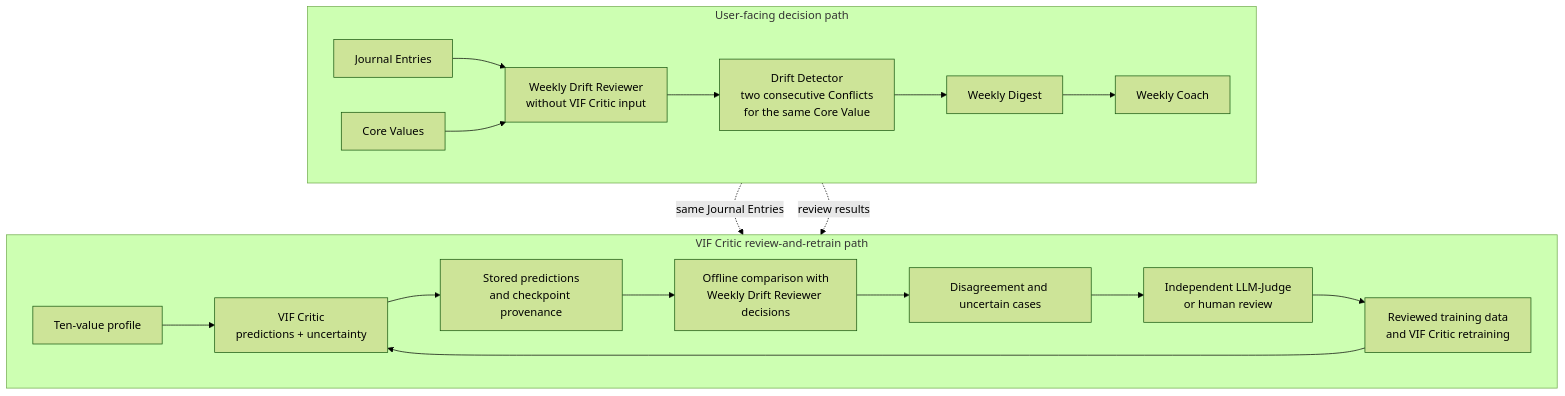
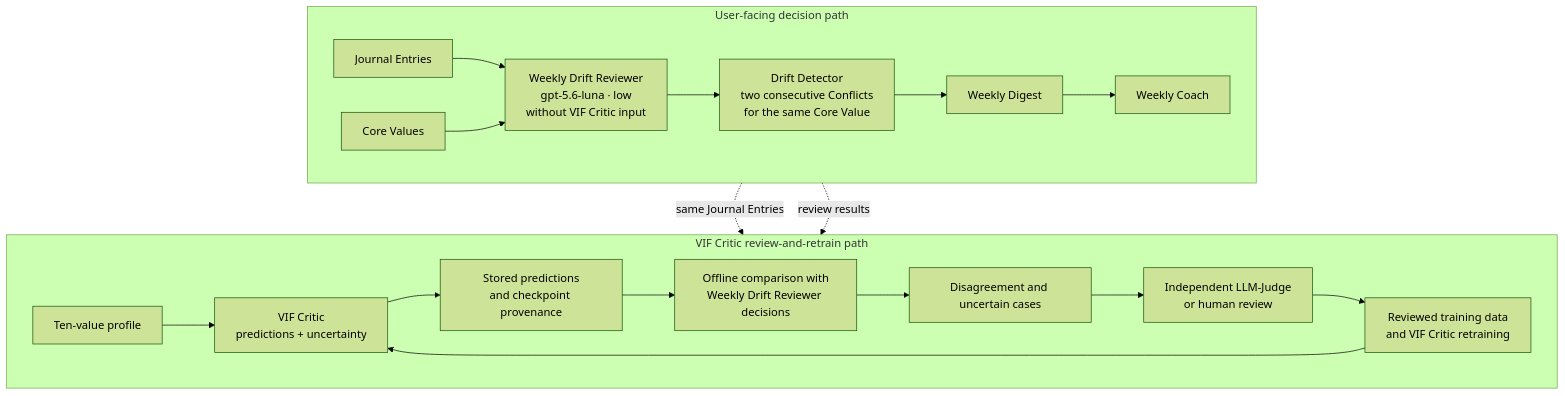
One commit to DesmondChoy/twinkl changed the diagram in docs/architecture/drift_detection.md. Above: the diagram before and after it, drawn with Mermaid (forest theme). The commit also changed other lines of this file and 28 other files, not shown here.

Commit message:
docs: settle Luna-low reviewer contract (twinkl-3rni)

````diff
--- a/docs/architecture/drift_detection.md
+++ b/docs/architecture/drift_detection.md
@@ -30,24 +32,24 @@
 ```mermaid
 flowchart TB
   subgraph USER["User-facing decision path"]
     direction LR
-    JE["Journal Entries"] --> WDR["Weekly Drift Reviewer<br/>without VIF Critic input"]
+    JE["Journal Entries"] --> WDR["Weekly Drift Reviewer<br/>gpt-5.6-luna · low<br/>without VIF Critic input"]
     CV["Core Values"] --> WDR
     WDR --> DD["Drift Detector<br/>two consecutive Conflicts<br/>for the same Core Value"]
     DD --> WD["Weekly Digest"] --> WC["Weekly Coach"]
   end
 
   subgraph LEARN["VIF Critic review-and-retrain path"]
     direction LR
     PROFILE["Ten-value profile"] --> VIF["VIF Critic<br/>predictions + uncertainty"]
     VIF --> STORE["Stored predictions<br/>and checkpoint provenance"]
     STORE --> COMPARE["Offline comparison with<br/>Weekly Drift Reviewer decisions"]
     COMPARE --> CASES["Disagreement and uncertain cases"]
     CASES --> REVIEW["Independent LLM-Judge<br/>or human review"]
     REVIEW --> TRAIN["Reviewed training data<br/>and VIF Critic retraining"]
     TRAIN --> VIF
   end
 
   JE -. "same Journal Entries" .-> VIF
   WDR -. "review results" .-> COMPARE
 ```
````
